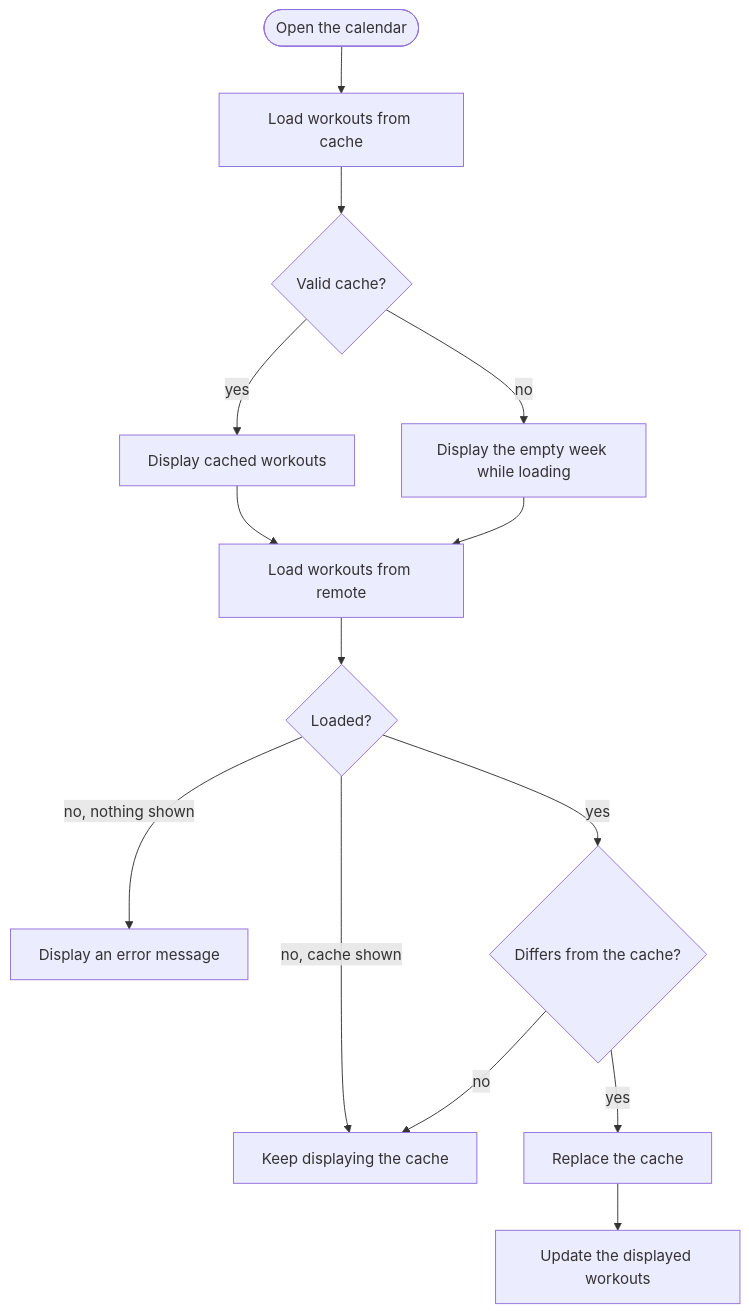
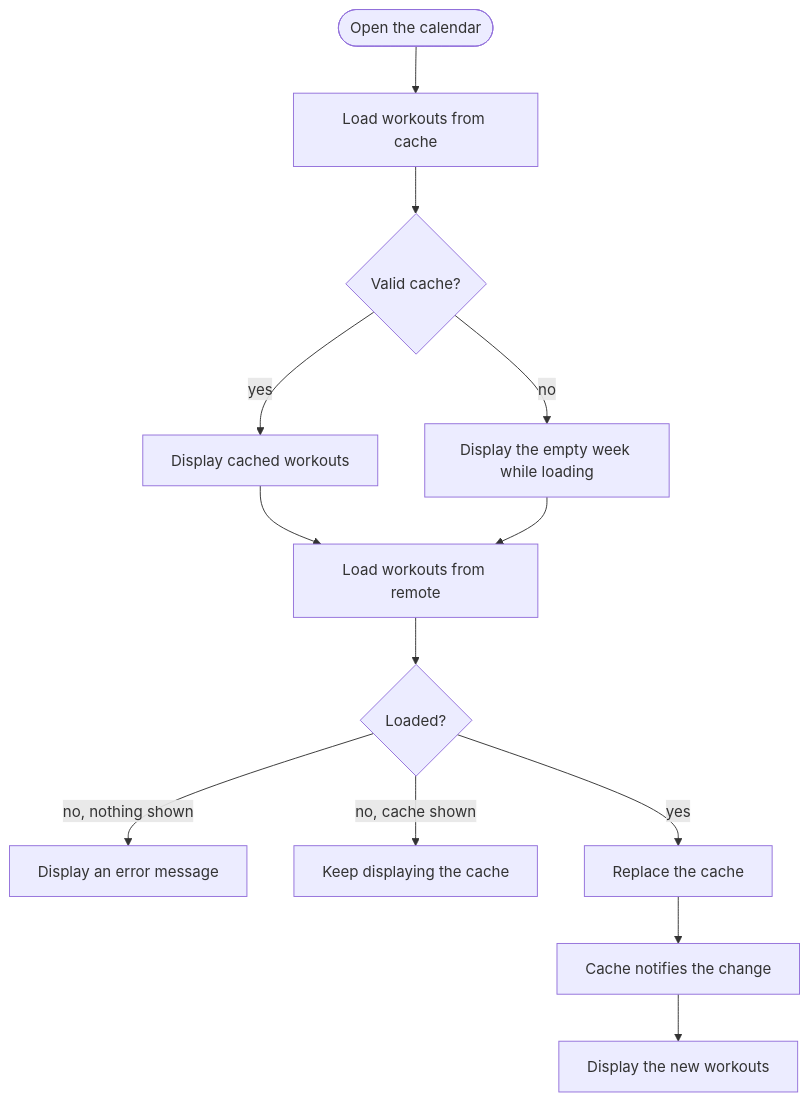
The first of 2 diagrams in README.md (tringuyen623/training-calendar), drawn with Mermaid before and after one commit. The commit also changed other lines of this file, not shown here.

First line of the commit message:
Replace the cache on every remote load and let the store notify changes, dropping the compare-before-update rule

````diff
--- a/README.md
+++ b/README.md
@@ -210,15 +210,13 @@
 ```mermaid
 flowchart TD
     Open([Open the calendar]) --> Cache[Load workouts from cache]
     Cache --> HasCache{Valid cache?}
     HasCache -- yes --> ShowCache[Display cached workouts]
     HasCache -- no --> ShowEmpty[Display the empty week while loading]
     ShowCache --> Remote[Load workouts from remote]
     ShowEmpty --> Remote
     Remote --> Ok{Loaded?}
     Ok -- no, nothing shown --> Error[Display an error message]
     Ok -- no, cache shown --> Keep[Keep displaying the cache]
-    Ok -- yes --> Differs{Differs from the cache?}
-    Differs -- no --> Keep
-    Differs -- yes --> Save[Replace the cache] --> Update[Update the displayed workouts]
+    Ok -- yes --> Save[Replace the cache] --> Notify[Cache notifies the change] --> Update[Display the new workouts]
 ```
````
